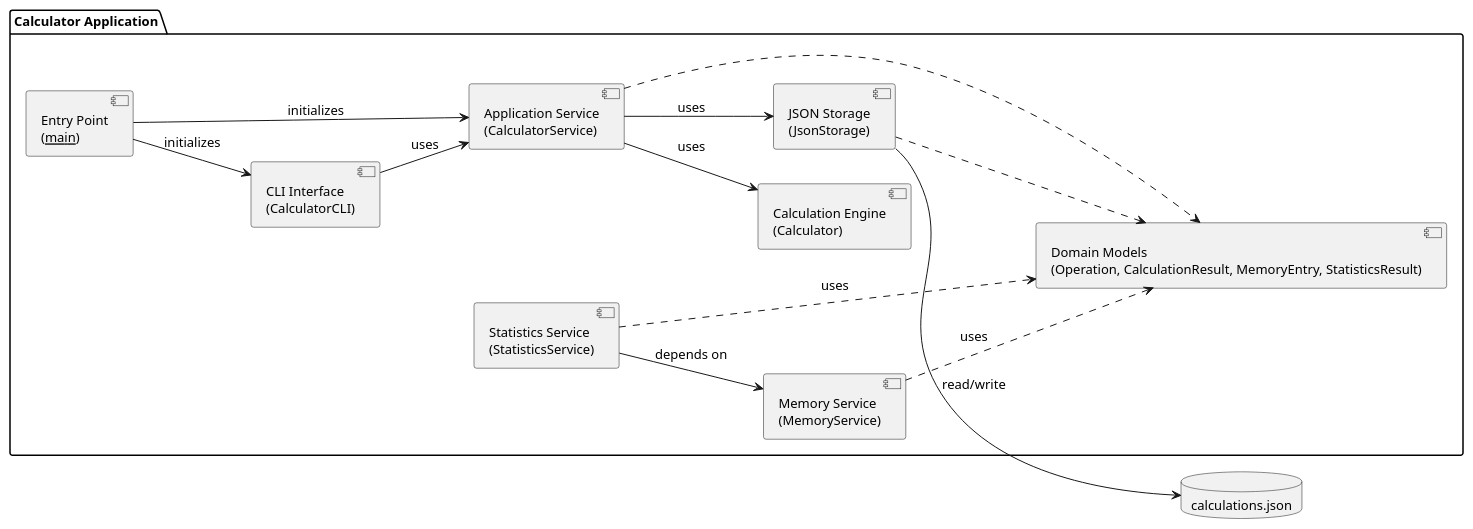
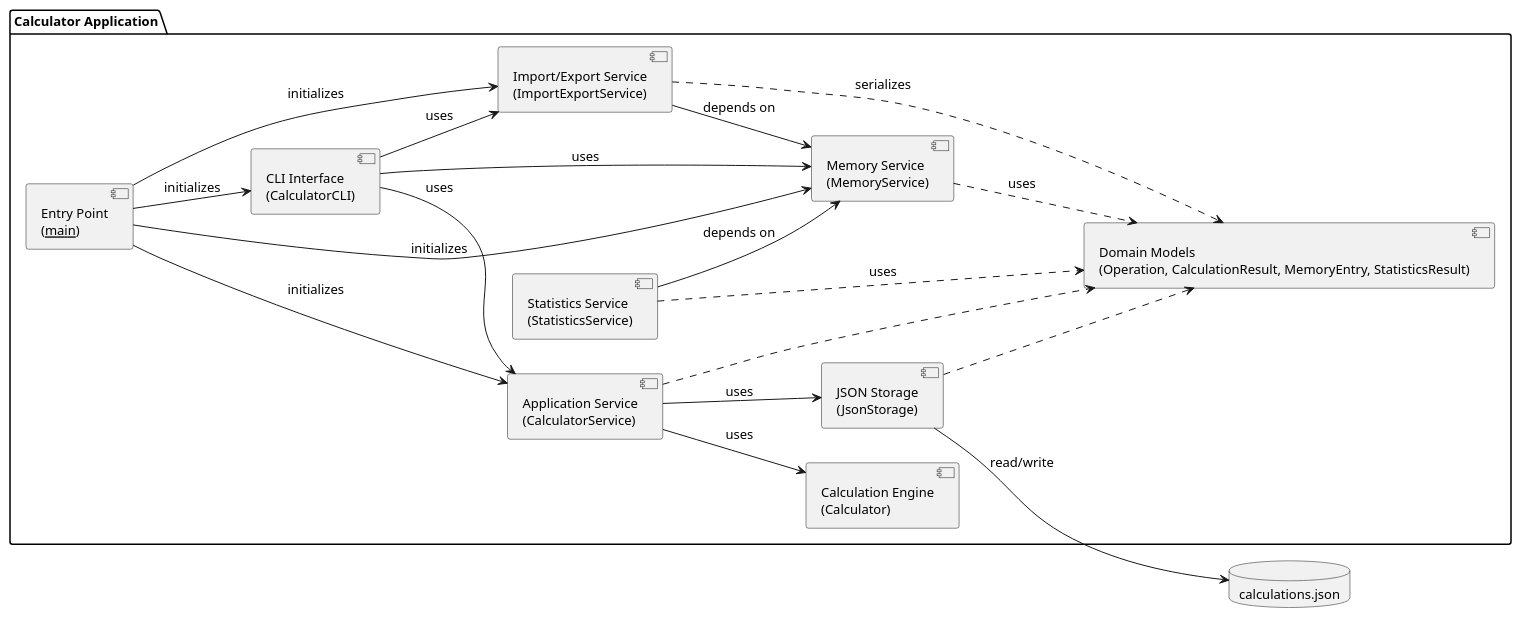
One commit to DanielRiha8906/Software_autoevolution_using_agents changed the diagram in experiments/pipeline/test_driven/calculator/artifacts/component_diagram.puml. Above: the diagram before and after it, drawn with PlantUML. The commit also changed 8 other files, not shown here.

```diff
--- a/experiments/pipeline/test_driven/calculator/artifacts/component_diagram.puml
+++ b/experiments/pipeline/test_driven/calculator/artifacts/component_diagram.puml
@@ -1,36 +1,43 @@
 @startuml component_diagram
 
 skinparam componentStyle uml2
 skinparam defaultFontSize 13
 left to right direction
 
 package "Calculator Application" {
 
     component "Entry Point\n(__main__)" as Main
     component "CLI Interface\n(CalculatorCLI)" as CLI
     component "Application Service\n(CalculatorService)" as Service
     component "Memory Service\n(MemoryService)" as Memory
+    component "Import/Export Service\n(ImportExportService)" as ImportExport
     component "Statistics Service\n(StatisticsService)" as Statistics
     component "Calculation Engine\n(Calculator)" as Calc
     component "JSON Storage\n(JsonStorage)" as Store
     component "Domain Models\n(Operation, CalculationResult, MemoryEntry, StatisticsResult)" as Models
 
     Main --> CLI : initializes
     Main --> Service : initializes
+    Main --> Memory : initializes
+    Main --> ImportExport : initializes
 
     CLI --> Service : uses
+    CLI --> Memory : uses
+    CLI --> ImportExport : uses
     Service --> Calc : uses
     Service --> Store : uses
+    ImportExport --> Memory : depends on
+    ImportExport ..> Models : serializes
     Memory ..> Models : uses
     Statistics --> Memory : depends on
     Statistics ..> Models : uses
 
     Service ..> Models
     Store ..> Models
 }
 
 database "calculations.json" as DB
 
 Store --> DB : read/write
 
 @enduml
```
